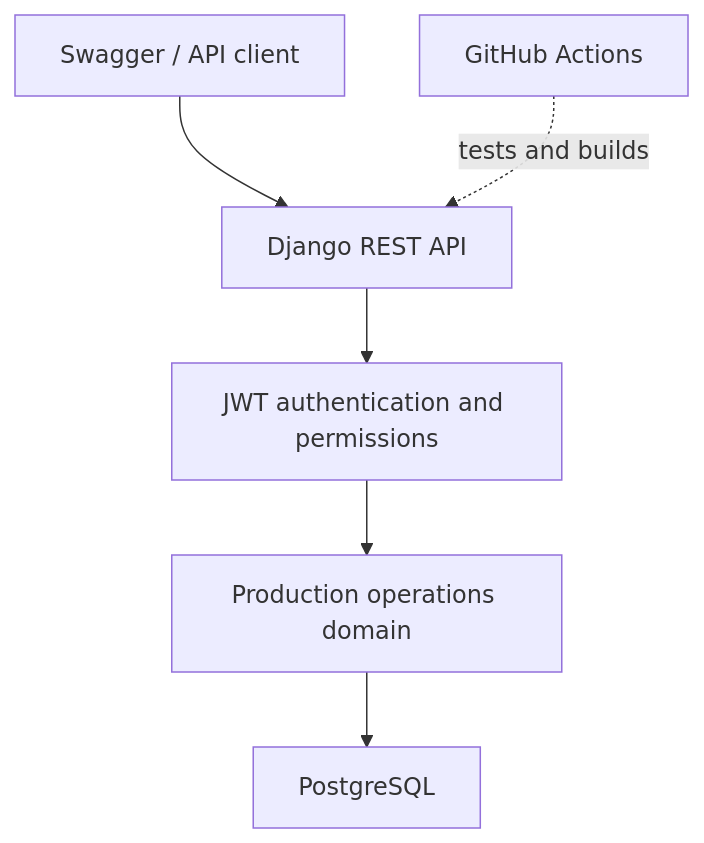
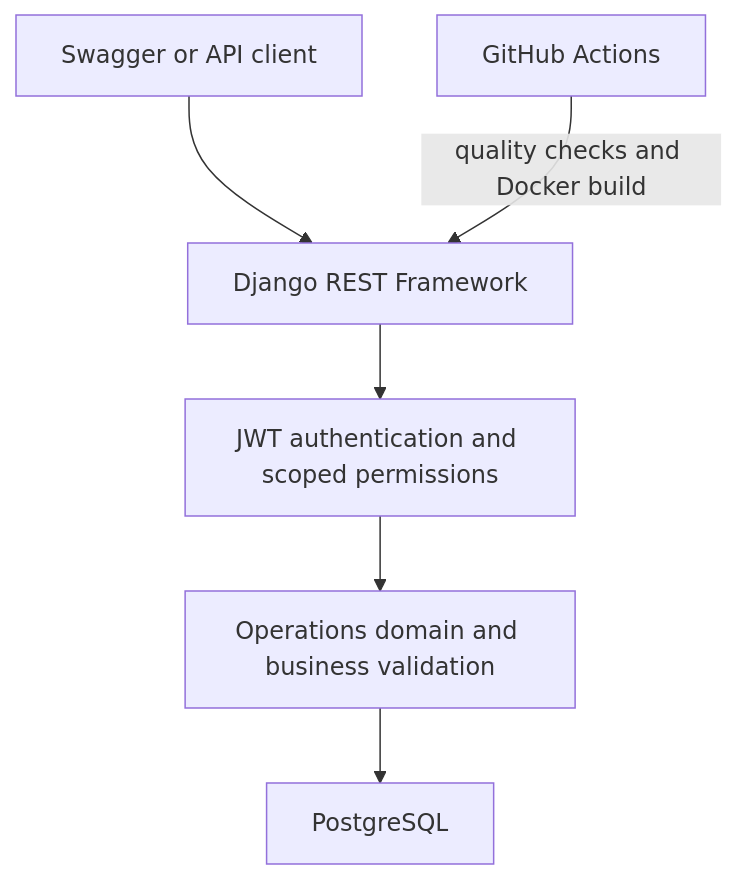
One commit to MasumTech/production-ops-api changed the second of 3 diagrams in README.md. Above: the diagram before and after it, drawn with Mermaid. The commit also changed other lines of this file, not shown here.

First line of the commit message:
Present the API as a production operations case study (#14)

````diff
--- a/README.md
+++ b/README.md
@@ -23,8 +85,8 @@
 ```mermaid
 flowchart TB
-    Client["Swagger / API client"] --> API["Django REST API"]
-    API --> Auth["JWT authentication and permissions"]
-    Auth --> Domain["Production operations domain"]
+    Client["Swagger or API client"] --> API["Django REST Framework"]
+    API --> Access["JWT authentication and scoped permissions"]
+    Access --> Domain["Operations domain and business validation"]
     Domain --> DB["PostgreSQL"]
-    CI["GitHub Actions"] -. "tests and builds" .-> API
+    CI["GitHub Actions"] -->|quality checks and Docker build| API
 ```
````
